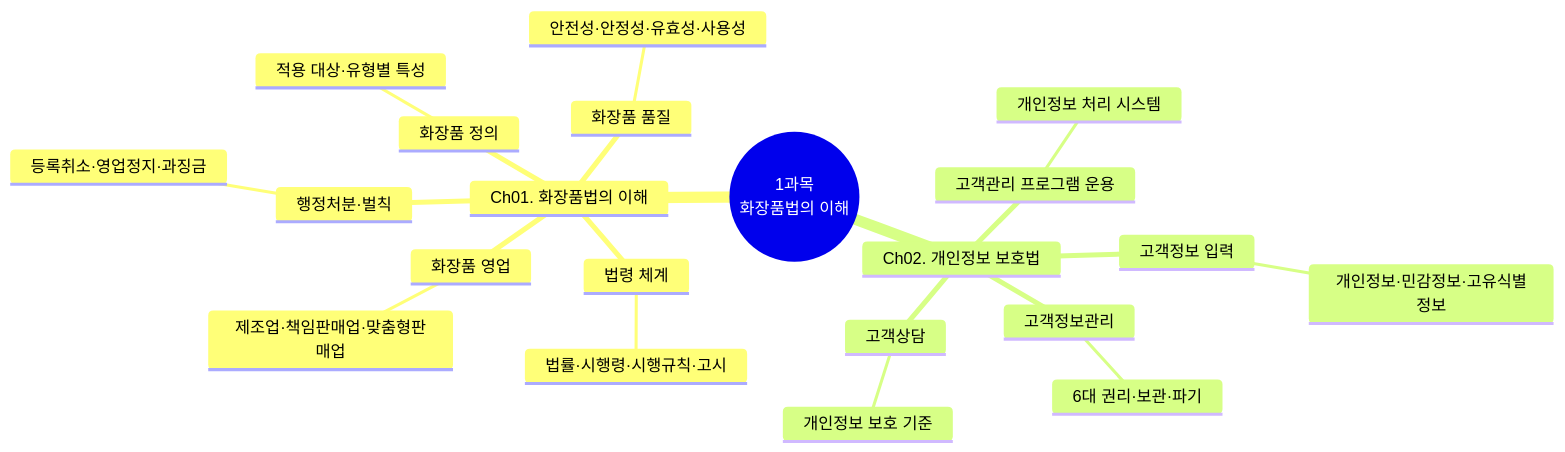
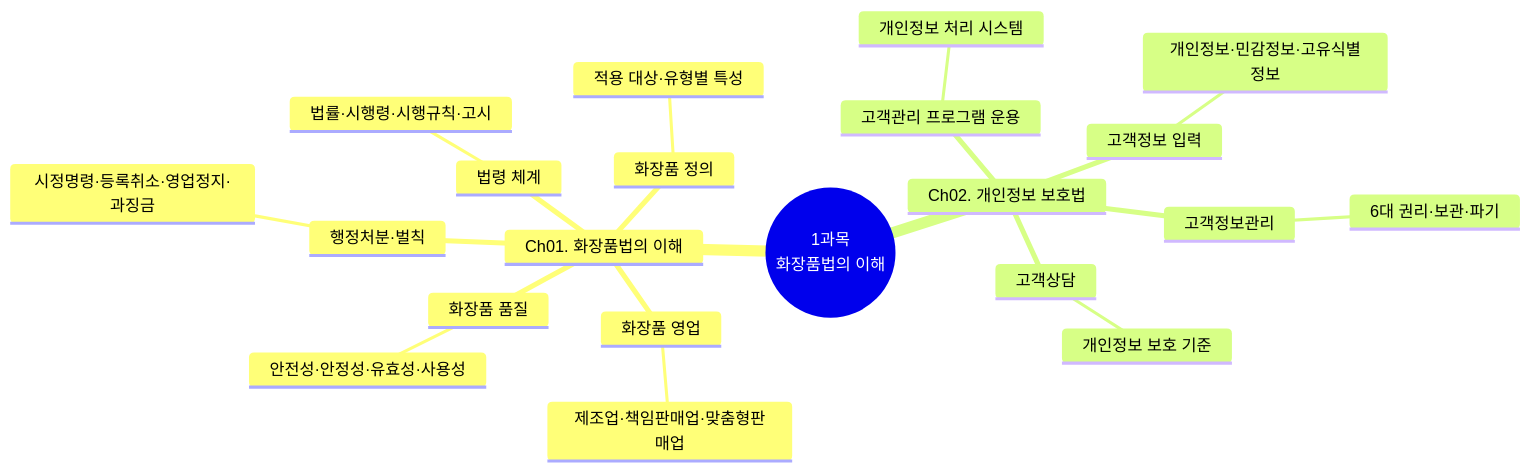
The first of 10 diagrams in content/교재/law/1과목_화장품법의이해_이야기형.md (skygoldlee-cyber/Personalized_Skincare), drawn with Mermaid before and after one commit. The commit also changed other lines of this file and 8 other files, not shown here.

````diff
--- a/content/교재/law/1과목_화장품법의이해_이야기형.md
+++ b/content/교재/law/1과목_화장품법의이해_이야기형.md
@@ -203,24 +203,24 @@
 ```mermaid
 mindmap
   root((1과목<br/>화장품법의 이해))
     Ch01. 화장품법의 이해
       법령 체계
         법률·시행령·시행규칙·고시
       화장품 정의
         적용 대상·유형별 특성
       화장품 영업
         제조업·책임판매업·맞춤형판매업
       행정처분·벌칙
-        등록취소·영업정지·과징금
+        시정명령·등록취소·영업정지·과징금
       화장품 품질
         안전성·안정성·유효성·사용성
     Ch02. 개인정보 보호법
       고객관리 프로그램 운용
         개인정보 처리 시스템
       고객정보 입력
         개인정보·민감정보·고유식별정보
       고객정보관리
         6대 권리·보관·파기
       고객상담
         개인정보 보호 기준
 ```
````
